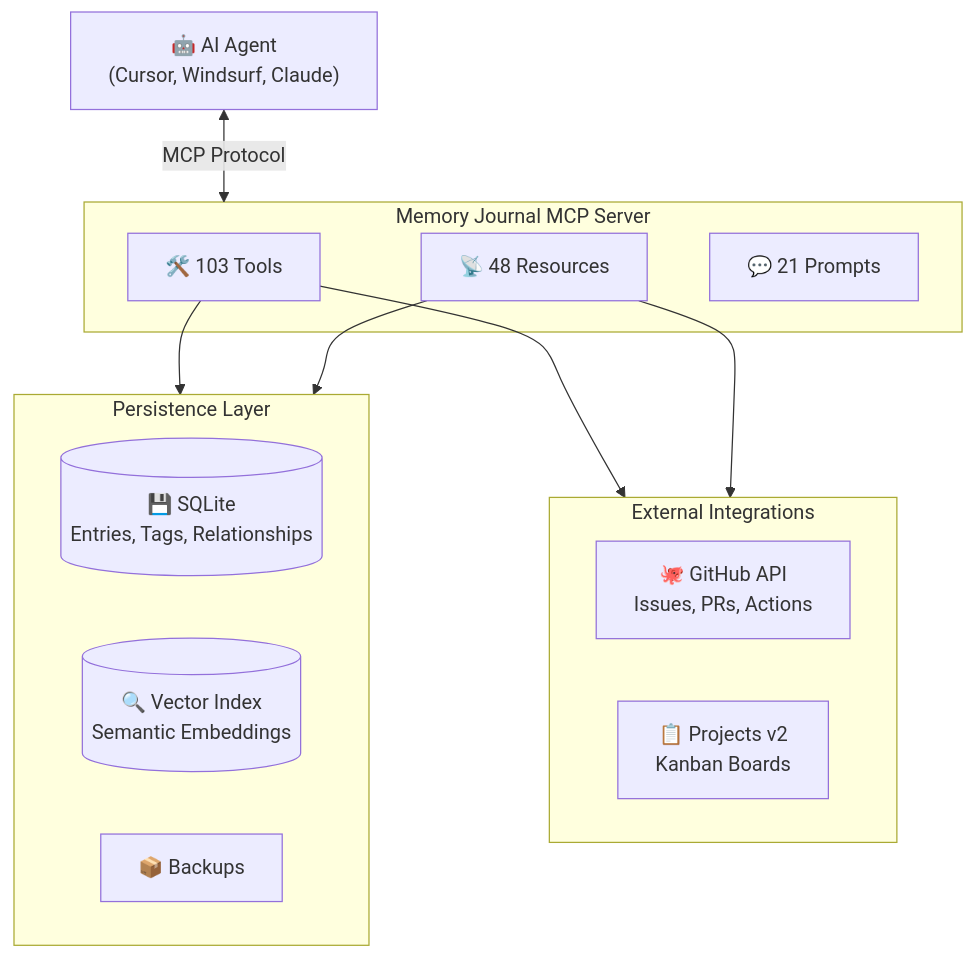
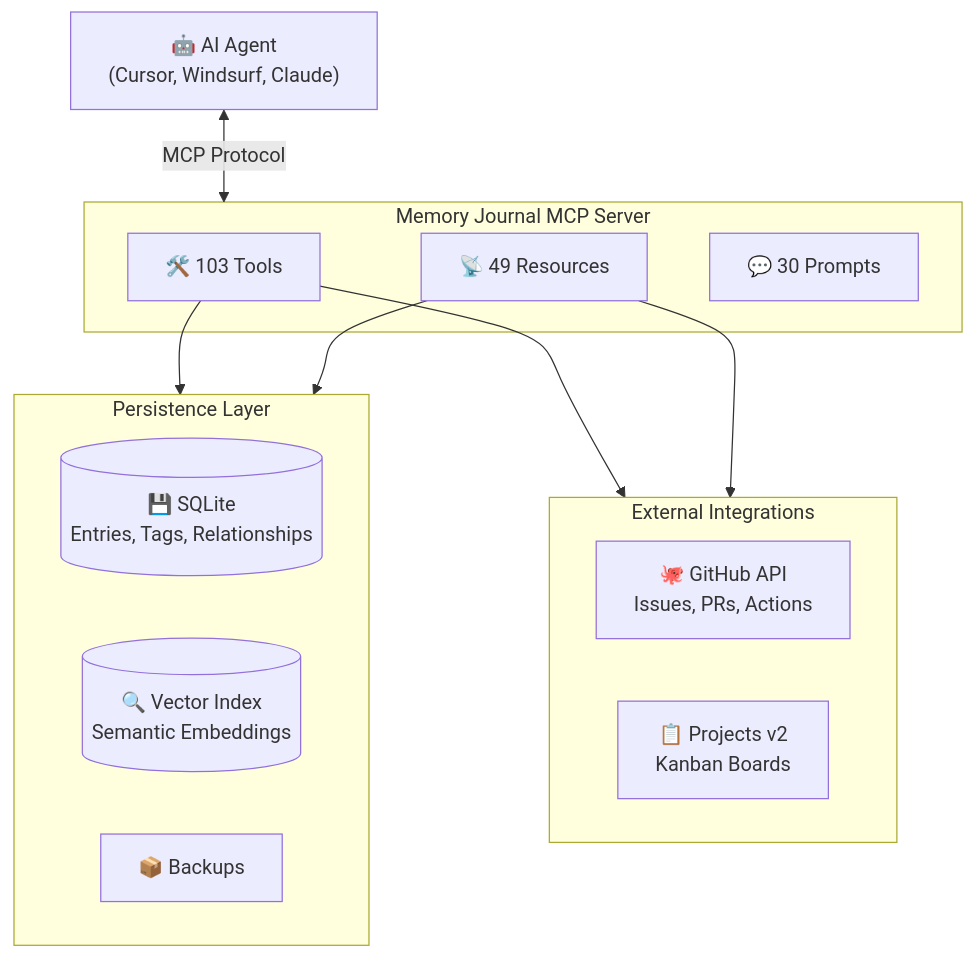
Before and after one commit to neverinfamous/memory-journal-mcp: the second of 2 diagrams in README.md, drawn with Mermaid. The commit also changed other lines of this file and 5 other files, not shown here.

````diff
--- a/README.md
+++ b/README.md
@@ -747,27 +747,27 @@
 ```mermaid
 flowchart TB
     AI["🤖 AI Agent<br/>(Cursor, Windsurf, Claude)"]
 
     subgraph MCP["Memory Journal MCP Server"]
         Tools["🛠️ 103 Tools"]
-        Resources["📡 48 Resources"]
-        Prompts["💬 21 Prompts"]
+        Resources["📡 49 Resources"]
+        Prompts["💬 30 Prompts"]
     end
 
     subgraph Storage["Persistence Layer"]
         SQLite[("💾 SQLite<br/>Entries, Tags, Relationships")]
         Vector[("🔍 Vector Index<br/>Semantic Embeddings")]
         Backups["📦 Backups"]
     end
 
     subgraph External["External Integrations"]
         GitHub["🐙 GitHub API<br/>Issues, PRs, Actions"]
         Kanban["📋 Projects v2<br/>Kanban Boards"]
     end
 
     AI <-->|"MCP Protocol"| MCP
     Tools --> Storage
     Tools --> External
     Resources --> Storage
     Resources --> External
 ```
````
